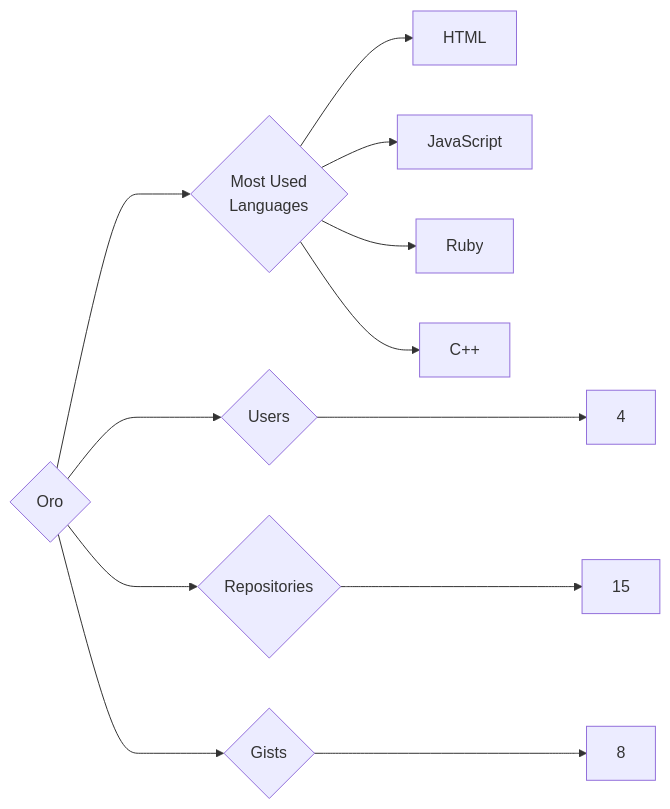
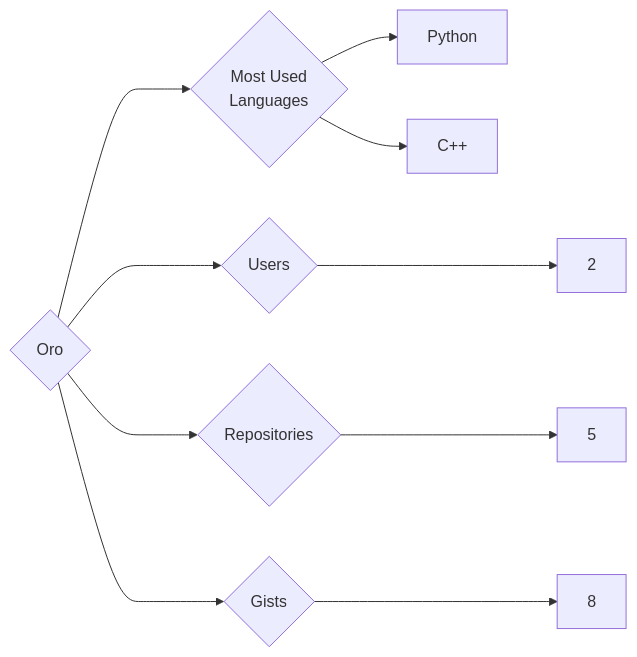
The diagram in targets/Oro/README.md (trickest/insiders), drawn with Mermaid before and after one commit. The commit also changed 860 other files, not shown here.

````diff
--- a/targets/Oro/README.md
+++ b/targets/Oro/README.md
@@ -3,12 +3,10 @@
 ```mermaid
 graph LR
 COMPANY_NAME{Oro}
-COMPANY_NAME ---> U{Users} ---> UN[4]
-COMPANY_NAME ---> R{Repositories} ---> RN[15]
+COMPANY_NAME ---> U{Users} ---> UN[2]
+COMPANY_NAME ---> R{Repositories} ---> RN[5]
 COMPANY_NAME ---> G{Gists} ---> GN[8]
 COMPANY_NAME ---> ML{Most Used<br>Languages}
-ML --> HTML[HTML]
-ML --> JavaScript[JavaScript]
-ML --> Ruby[Ruby]
+ML --> Python[Python]
 ML --> C++[C++]
 ```
````
